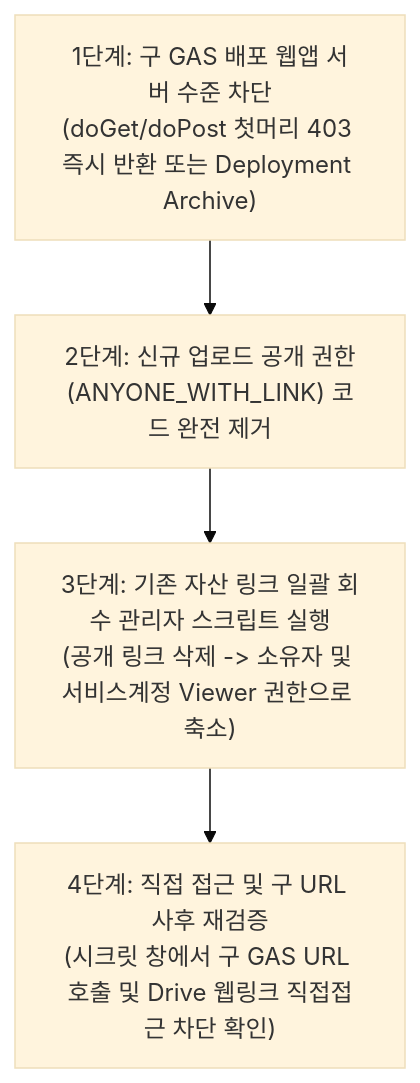
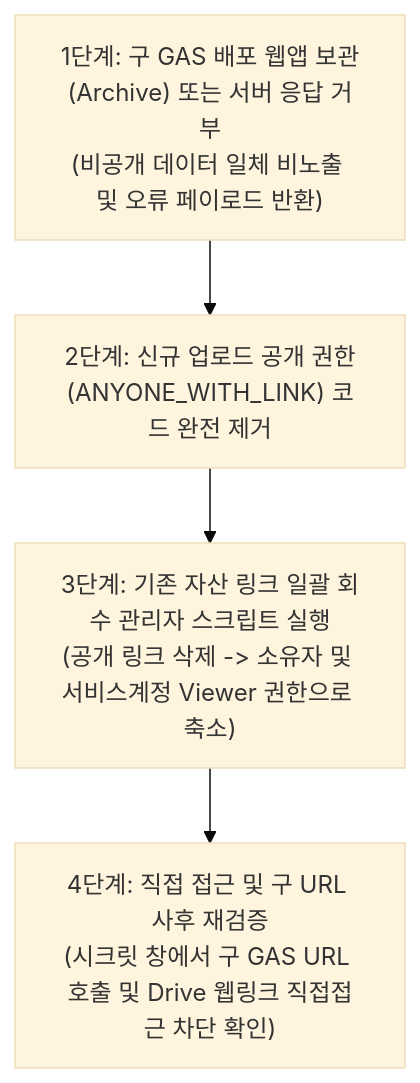
The first of 2 diagrams in docs/design/ANT-003_직원접근_내부아카이브.md (tube10081008-stack/Themapark), drawn with Mermaid (base theme) before and after one commit. The commit also changed other lines of this file and 1 other file, not shown here.

Commit message:
docs(design): address Ben review on PR #29 (realtime root check, primary guard, netlify spec table, fetch zero-dep, gas verification)

````diff
--- a/docs/design/ANT-003_직원접근_내부아카이브.md
+++ b/docs/design/ANT-003_직원접근_내부아카이브.md
@@ -349,6 +360,6 @@
 ```mermaid
 flowchart TD
-    Step1["1단계: 구 GAS 배포 웹앱 서버 수준 차단\n(doGet/doPost 첫머리 403 즉시 반환 또는 Deployment Archive)"] --> Step2["2단계: 신규 업로드 공개 권한(ANYONE_WITH_LINK) 코드 완전 제거"]
+    Step1["1단계: 구 GAS 배포 웹앱 보관(Archive) 또는 서버 응답 거부\n(비공개 데이터 일체 비노출 및 오류 페이로드 반환)"] --> Step2["2단계: 신규 업로드 공개 권한(ANYONE_WITH_LINK) 코드 완전 제거"]
     Step2 --> Step3["3단계: 기존 자산 링크 일괄 회수 관리자 스크립트 실행\n(공개 링크 삭제 -> 소유자 및 서비스계정 Viewer 권한으로 축소)"]
     Step3 --> Step4["4단계: 직접 접근 및 구 URL 사후 재검증\n(시크릿 창에서 구 GAS URL 호출 및 Drive 웹링크 직접접근 차단 확인)"]
 ```
````
